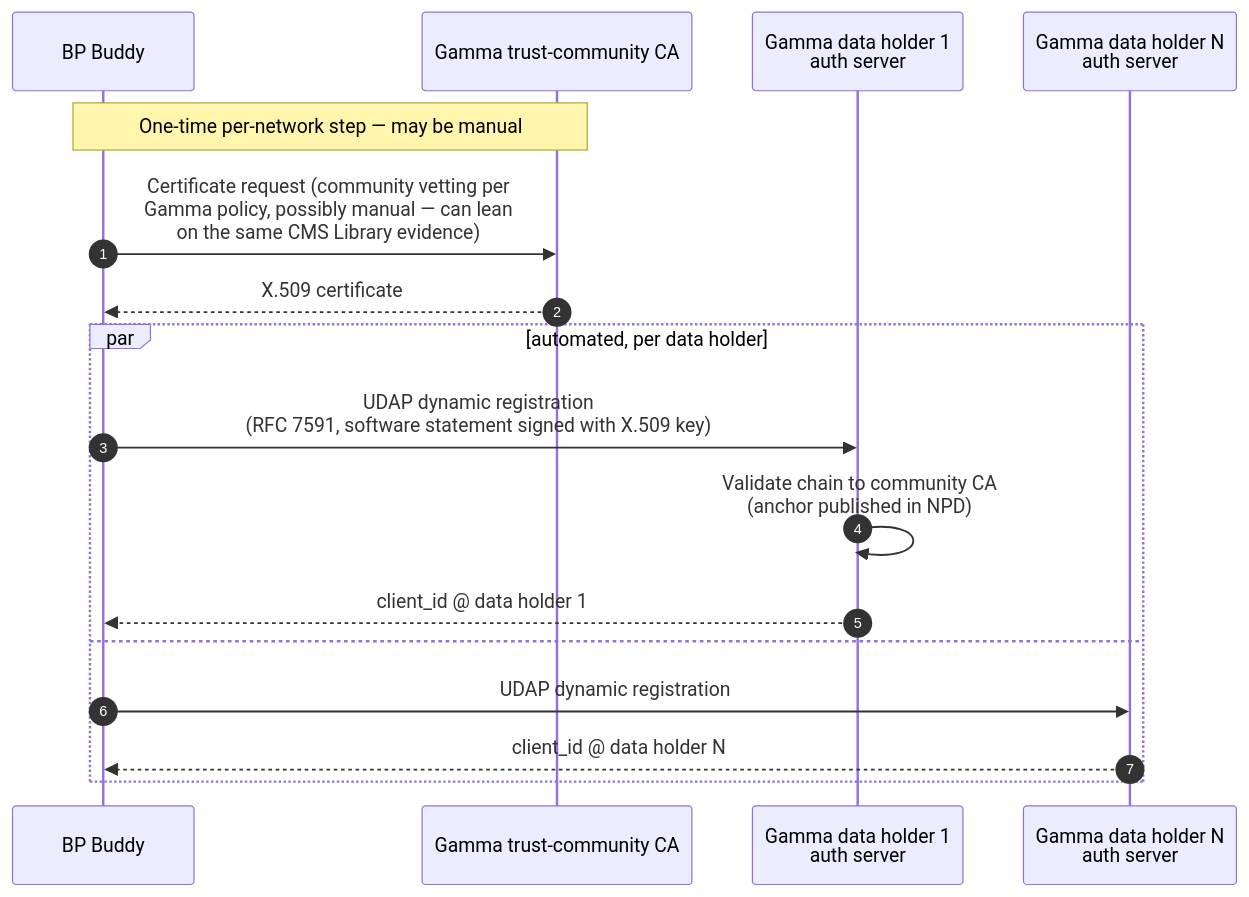
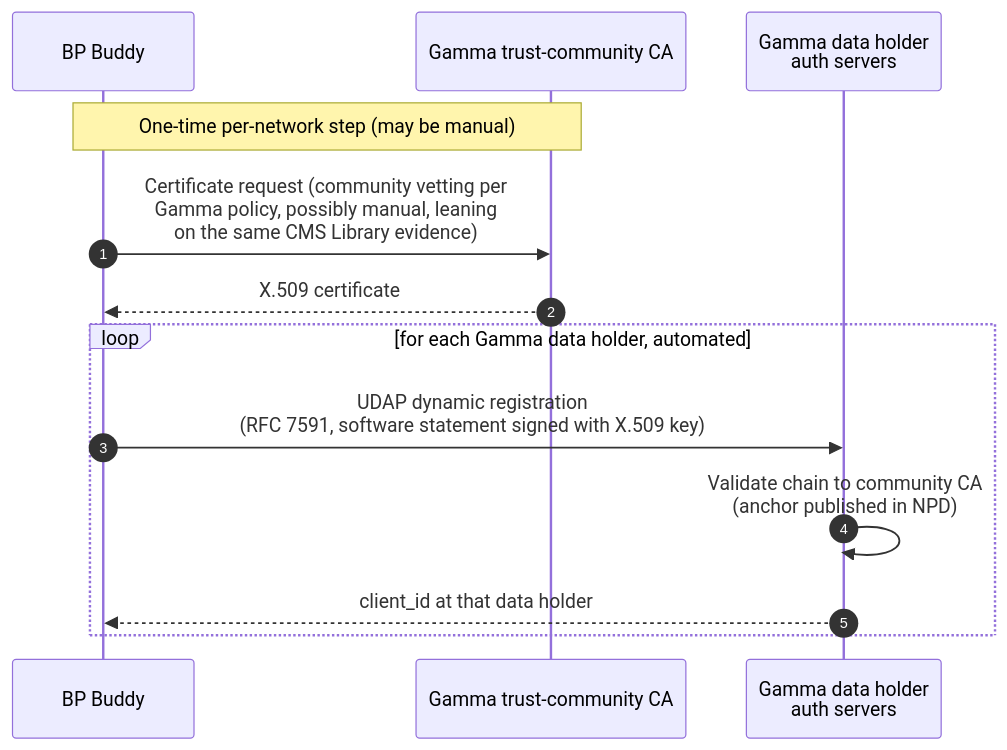
Before and after one commit to jmandel/cms-ns: the fifth of 10 diagrams in app-connectivity-flows.md, drawn with Mermaid. The commit also changed other lines of this file, not shown here.

Commit message:
2b/2c: single data-holder lane with a loop instead of par + enumerated actors

````diff
--- a/app-connectivity-flows.md
+++ b/app-connectivity-flows.md
@@ -142,20 +137,16 @@
 ```mermaid
 sequenceDiagram
     autonumber
     participant App as BP Buddy
     participant CA as Gamma trust-community CA
-    participant DH1 as Gamma data holder 1<br/>auth server
-    participant DHn as Gamma data holder N<br/>auth server
+    participant DH as Gamma data holder<br/>auth servers
 
-    Note over App,CA: One-time per-network step — may be manual
-    App->>CA: Certificate request (community vetting per<br/>Gamma policy, possibly manual — can lean<br/>on the same CMS Library evidence)
+    Note over App,CA: One-time per-network step (may be manual)
+    App->>CA: Certificate request (community vetting per<br/>Gamma policy, possibly manual, leaning<br/>on the same CMS Library evidence)
     CA-->>App: X.509 certificate
-    par automated, per data holder
-        App->>DH1: UDAP dynamic registration<br/>(RFC 7591, software statement signed with X.509 key)
-        DH1->>DH1: Validate chain to community CA<br/>(anchor published in NPD)
-        DH1-->>App: client_id @ data holder 1
-    and
-        App->>DHn: UDAP dynamic registration
-        DHn-->>App: client_id @ data holder N
+    loop for each Gamma data holder, automated
+        App->>DH: UDAP dynamic registration<br/>(RFC 7591, software statement signed with X.509 key)
+        DH->>DH: Validate chain to community CA<br/>(anchor published in NPD)
+        DH-->>App: client_id at that data holder
     end
 ```
````
